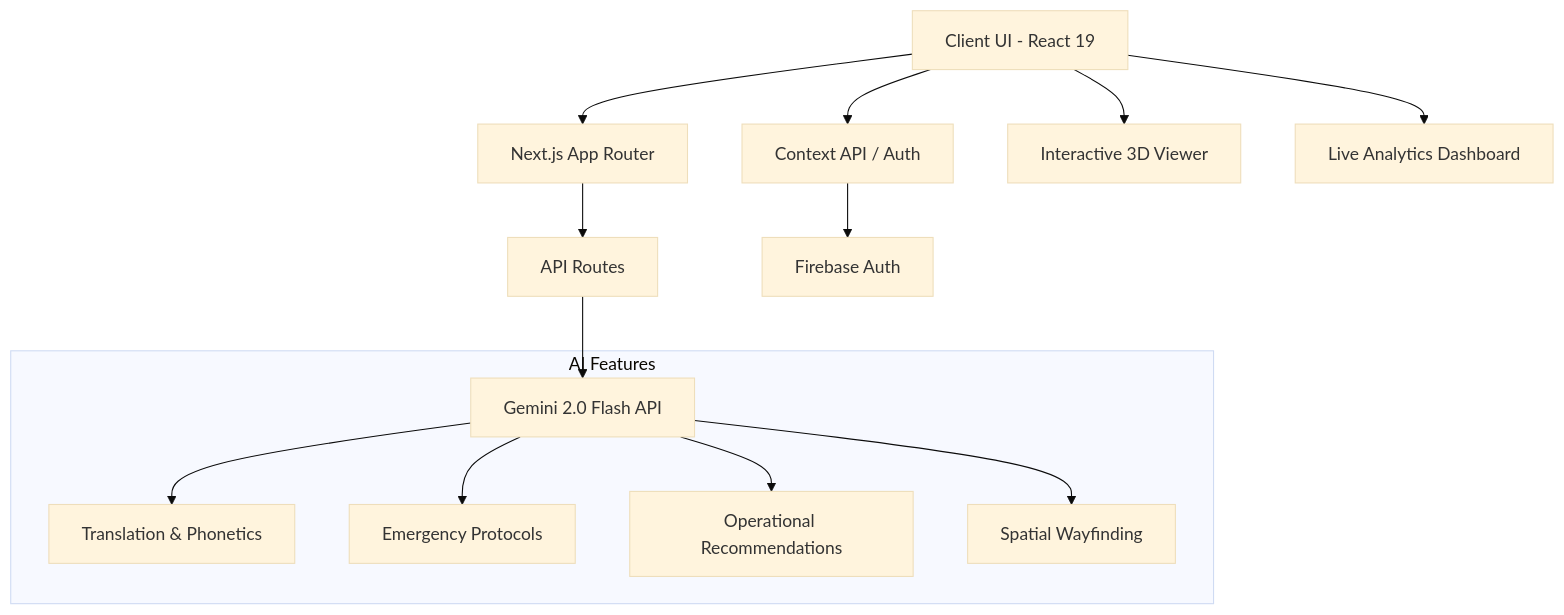
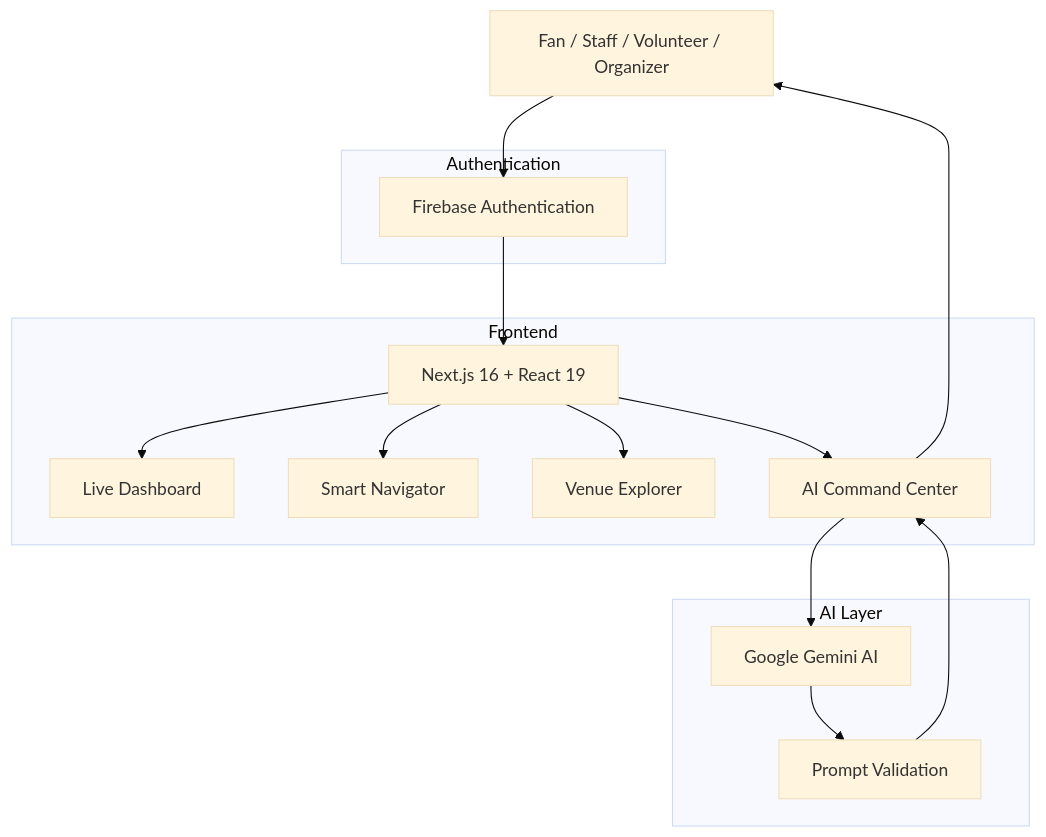
Before and after one commit to ShreyashChaugule-github/FIFA-2026: the first of 2 diagrams in README.md, drawn with Mermaid (base theme). The commit also changed other lines of this file, not shown here.

````diff
--- a/README.md
+++ b/README.md
@@ -26,20 +61,36 @@
 ```mermaid
 graph TD
-    A[Client UI - React 19] --> B[Next.js App Router]
-    A --> C[Context API / Auth]
-    
-    B --> D[API Routes]
-    D --> E[Gemini 2.0 Flash API]
-    
-    C --> F[Firebase Auth]
-    
-    A --> G[Interactive 3D Viewer]
-    A --> H[Live Analytics Dashboard]
-    
-    subgraph AI Features
-    E --> I[Translation & Phonetics]
-    E --> J[Emergency Protocols]
-    E --> K[Operational Recommendations]
-    E --> L[Spatial Wayfinding]
+
+    User[Fan / Staff / Volunteer / Organizer]
+
+    subgraph Frontend
+        UI[Next.js 16 + React 19]
+        Dashboard[Live Dashboard]
+        Navigator[Smart Navigator]
+        Explorer[Venue Explorer]
+        AIUI[AI Command Center]
     end
+
+    subgraph Authentication
+        Firebase[Firebase Authentication]
+    end
+
+    subgraph AI Layer
+        Gemini[Google Gemini AI]
+        Prompt[Prompt Validation]
+    end
+
+    User --> Firebase
+    Firebase --> UI
+
+    UI --> Dashboard
+    UI --> Navigator
+    UI --> Explorer
+    UI --> AIUI
+
+    AIUI --> Gemini
+    Gemini --> Prompt
+    Prompt --> AIUI
+
+    AIUI --> User
 ```
````
